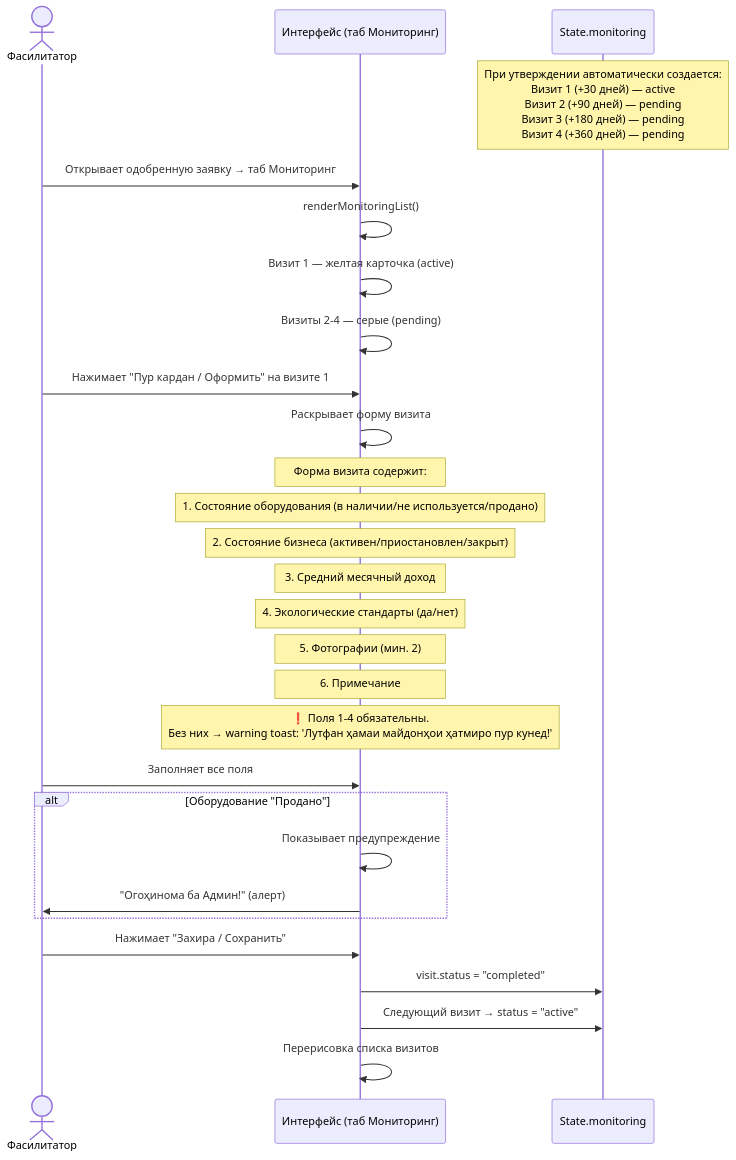
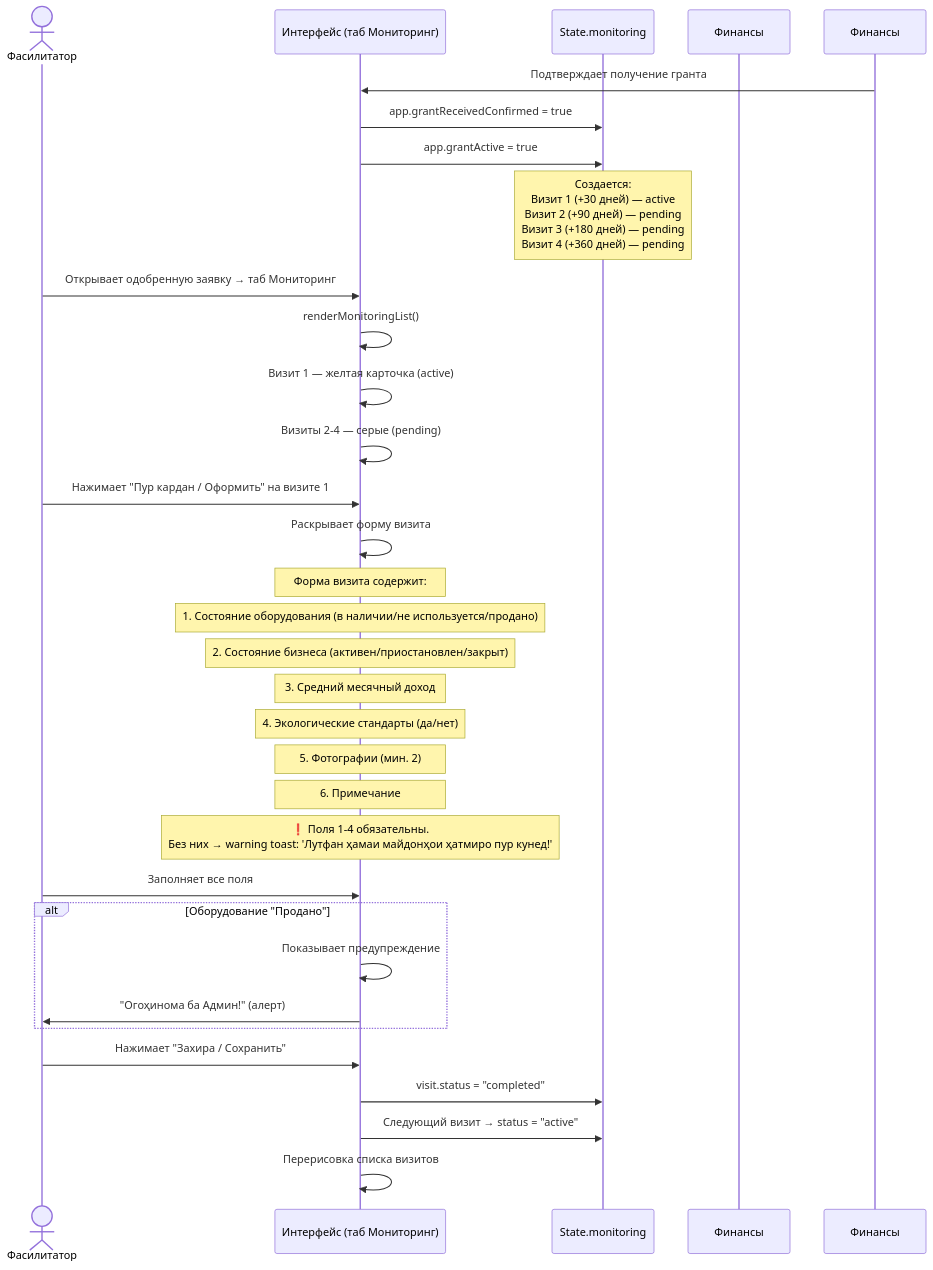
Before and after one commit to firka-kh/eip-test: the tenth of 15 diagrams in docs/BUSINESS-PROCESSES.md, drawn with Mermaid. The commit also changed other lines of this file and 6 other files, not shown here.

````diff
--- a/docs/BUSINESS-PROCESSES.md
+++ b/docs/BUSINESS-PROCESSES.md
@@ -411,37 +412,41 @@
 ```mermaid
 sequenceDiagram
     actor Ф as Фасилитатор
     participant UI as Интерфейс (таб Мониторинг)
     participant ST as State.monitoring
+    participant FIN as Финансы
 
-    Note over ST: При утверждении автоматически создается:<br/>Визит 1 (+30 дней) — active<br/>Визит 2 (+90 дней) — pending<br/>Визит 3 (+180 дней) — pending<br/>Визит 4 (+360 дней) — pending
+    Финансы->>UI: Подтверждает получение гранта
+    UI->>ST: app.grantReceivedConfirmed = true
+    UI->>ST: app.grantActive = true
+    Note over ST: Создается:<br/>Визит 1 (+30 дней) — active<br/>Визит 2 (+90 дней) — pending<br/>Визит 3 (+180 дней) — pending<br/>Визит 4 (+360 дней) — pending
 
     Ф->>UI: Открывает одобренную заявку → таб Мониторинг
     UI->>UI: renderMonitoringList()
     UI->>UI: Визит 1 — желтая карточка (active)
     UI->>UI: Визиты 2-4 — серые (pending)
 
     Ф->>UI: Нажимает "Пур кардан / Оформить" на визите 1
     UI->>UI: Раскрывает форму визита
 
     Note over UI: Форма визита содержит:
     Note over UI: 1. Состояние оборудования (в наличии/не используется/продано)
     Note over UI: 2. Состояние бизнеса (активен/приостановлен/закрыт)
     Note over UI: 3. Средний месячный доход
     Note over UI: 4. Экологические стандарты (да/нет)
     Note over UI: 5. Фотографии (мин. 2)
     Note over UI: 6. Примечание
     Note over UI: ❗ Поля 1-4 обязательны.<br/>Без них → warning toast: 'Лутфан ҳамаи майдонҳои ҳатмиро пур кунед!'
 
     Ф->>UI: Заполняет все поля
     
     alt Оборудование "Продано"
         UI->>UI: Показывает предупреждение
         UI->>Ф: "Огоҳинома ба Админ!" (алерт)
     end
 
     Ф->>UI: Нажимает "Захира / Сохранить"
     UI->>ST: visit.status = "completed"
     UI->>ST: Следующий визит → status = "active"
     UI->>UI: Перерисовка списка визитов
 ```
````
